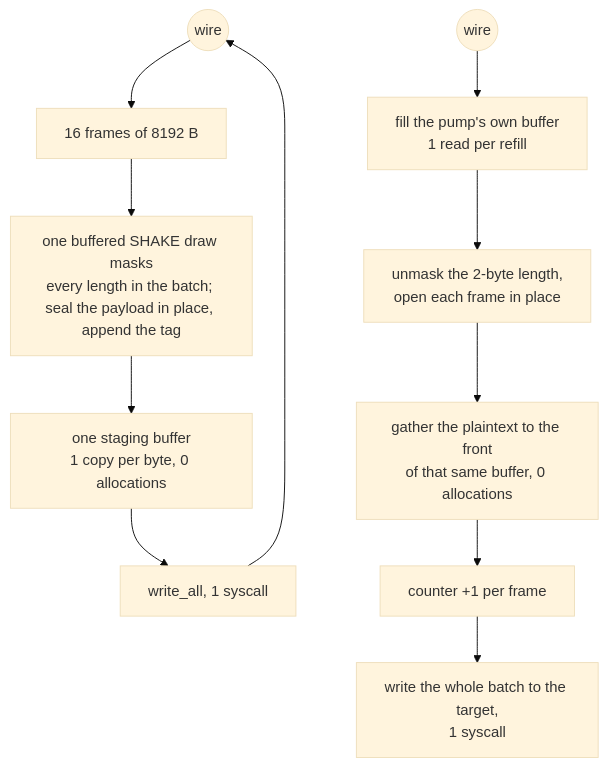
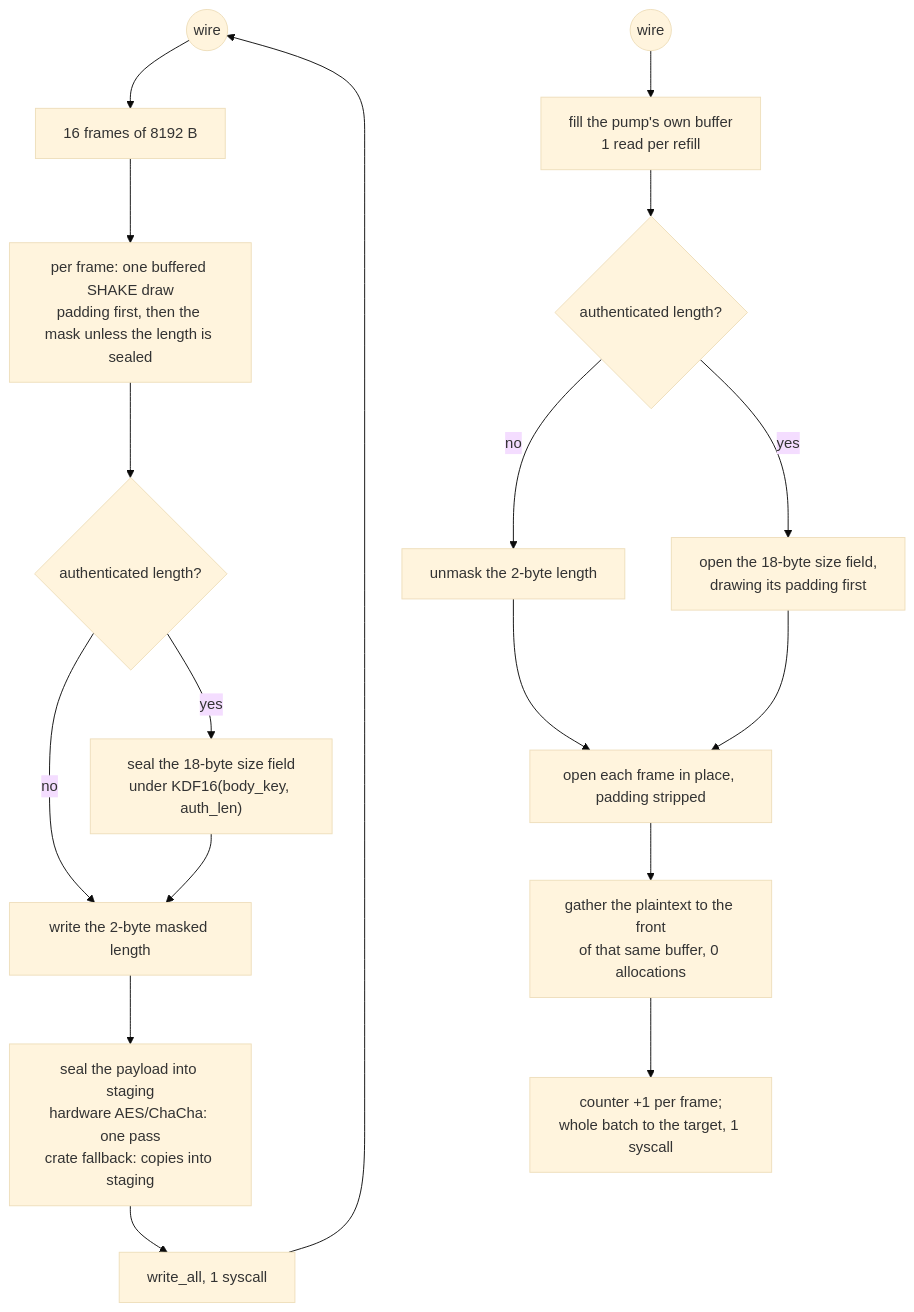
Before and after one commit to Ferrocite/ferrox: the diagram in docs/function/vmess.md, drawn with Mermaid (base theme). The commit also changed other lines of this file and 21 other files, not shown here.

First line of the commit message:
vmess: seal into staging and carry authenticated lengths (#1080)

````diff
--- a/docs/function/vmess.md
+++ b/docs/function/vmess.md
@@ -25,13 +27,20 @@
 ```mermaid
 graph TD
     W["plaintext read, 128 KiB"] --> W1["16 frames of 8192 B"]
-    W1 --> W2["one buffered SHAKE draw masks<br/>every length in the batch; seal the payload in place, append the tag"]
-    W2 --> W3["one staging buffer<br/>1 copy per byte, 0 allocations"]
-    W3 --> W4["write_all, 1 syscall"]
-    W4 --> W(("wire"))
+    W1 --> W2["per frame: one buffered SHAKE draw<br/>padding first, then the mask unless the length is sealed"]
+    W2 --> W2A{"authenticated length?"}
+    W2A -->|no| W3["write the 2-byte masked length"]
+    W2A -->|yes| W2B["seal the 18-byte size field<br/>under KDF16(body_key, auth_len)"]
+    W2B --> W3
+    W3 --> W4["seal the payload into staging<br/>hardware AES/ChaCha: one pass<br/>crate fallback: copies into staging"]
+    W4 --> W5["write_all, 1 syscall"]
+    W5 --> W(("wire"))
     R(("wire")) --> R1["fill the pump's own buffer<br/>1 read per refill"]
-    R1 --> R2["unmask the 2-byte length,<br/>open each frame in place"]
-    R2 --> R3["gather the plaintext to the front<br/>of that same buffer, 0 allocations"]
-    R3 --> R4["counter +1 per frame"]
-    R4 --> R5["write the whole batch to the target,<br/>1 syscall"]
+    R1 --> R2{"authenticated length?"}
+    R2 -->|no| R2A["unmask the 2-byte length"]
+    R2 -->|yes| R2B["open the 18-byte size field,<br/>drawing its padding first"]
+    R2A --> R3["open each frame in place, padding stripped"]
+    R2B --> R3
+    R3 --> R4["gather the plaintext to the front<br/>of that same buffer, 0 allocations"]
+    R4 --> R5["counter +1 per frame;<br/>whole batch to the target, 1 syscall"]
 ```
````
